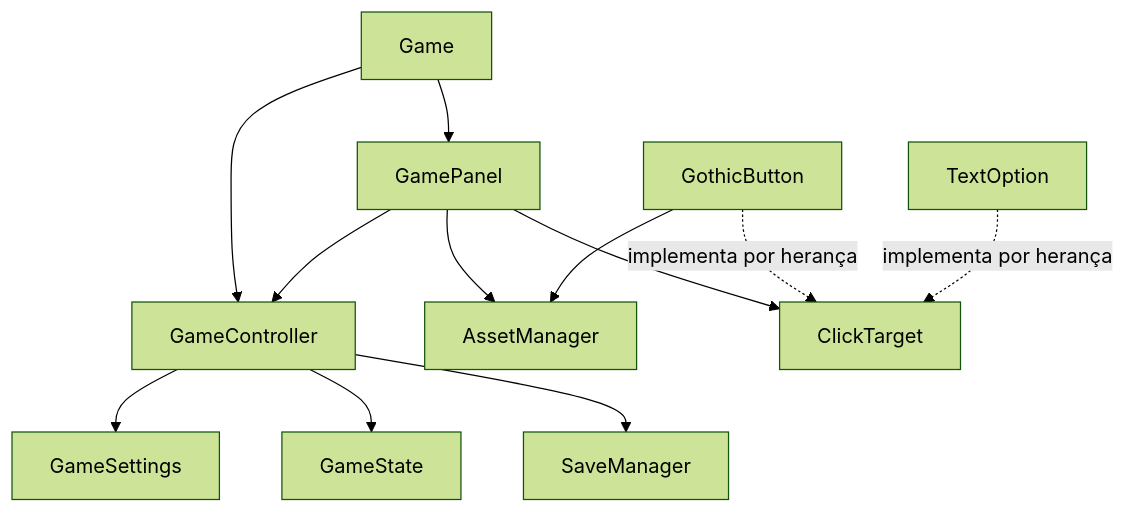
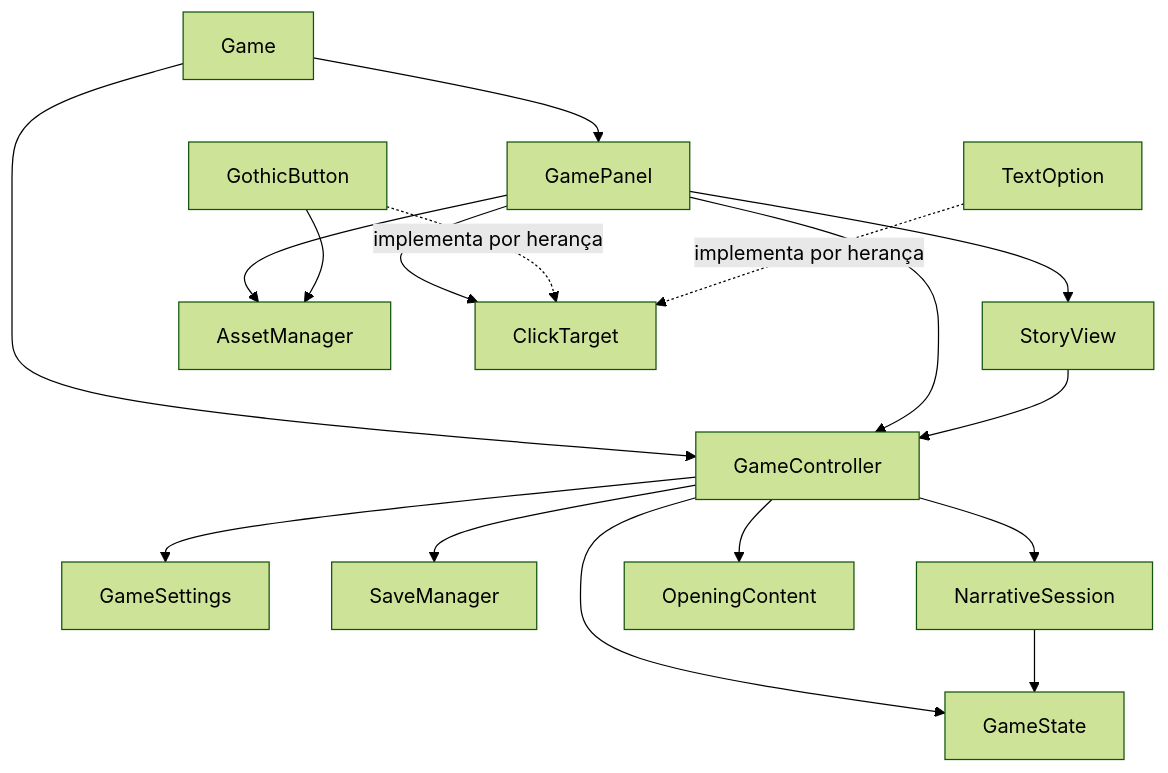
Before and after one commit to FelipeNRamalho/a-biblioteca-das-almas-java: the first of 2 diagrams in docs/arquitetura-e-poo.md, drawn with Mermaid (forest theme). The commit also changed other lines of this file and 6 other files, not shown here.

````diff
--- a/docs/arquitetura-e-poo.md
+++ b/docs/arquitetura-e-poo.md
@@ -37,14 +42,19 @@
 ```mermaid
 flowchart TD
     Game --> GameController
     Game --> GamePanel
     GamePanel --> GameController
     GameController --> GameSettings
     GameController --> GameState
     GameController --> SaveManager
+    GameController --> NarrativeSession
+    GameController --> OpeningContent
+    NarrativeSession --> GameState
+    GamePanel --> StoryView
+    StoryView --> GameController
     GamePanel --> AssetManager
     GamePanel --> ClickTarget
     GothicButton -. implementa por herança .-> ClickTarget
     TextOption -. implementa por herança .-> ClickTarget
     GothicButton --> AssetManager
 ```
````
